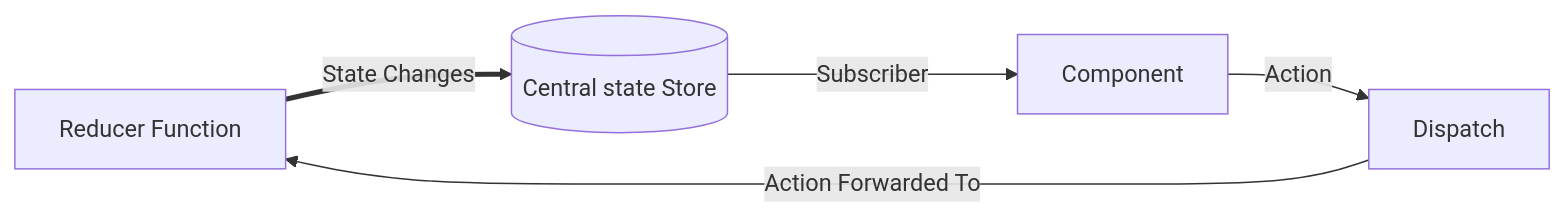
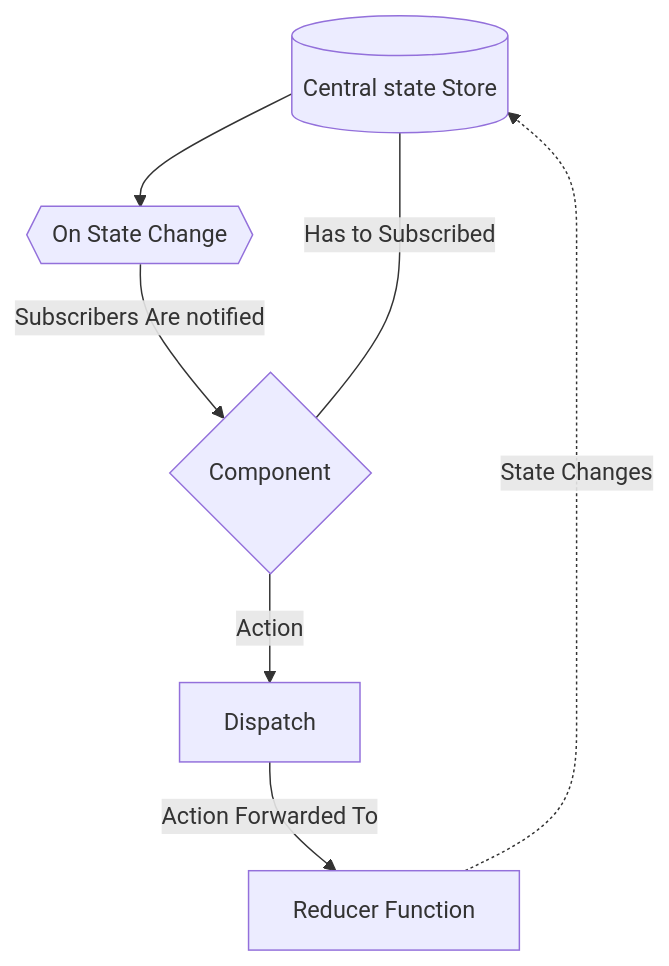
Before and after one commit to soumyak-panigrahi/React-Notes: the diagram in Notes/REDUX/2_Redux.md, drawn with Mermaid. The commit also changed 2 other files, not shown here.

Commit message:
Added notes for Redux

````diff
--- a/Notes/REDUX/2_Redux.md
+++ b/Notes/REDUX/2_Redux.md
@@ -15,7 +15,9 @@
 ```mermaid
-flowchart LR
-    A[Reducer Function] ==>|State Changes| B[(Central state Store)]
-    B -->|Subscriber| C[Component]
+flowchart TD
+    B[(Central state Store)] --> E{{On State Change}}
+    E-->|Subscribers Are notified| C{Component}
+    C ---|Has to Subscribed|B
     C -->|Action| D[Dispatch]
     D --> |Action Forwarded To| A
+    A[Reducer Function] -.->|State Changes| B
 ```
````
